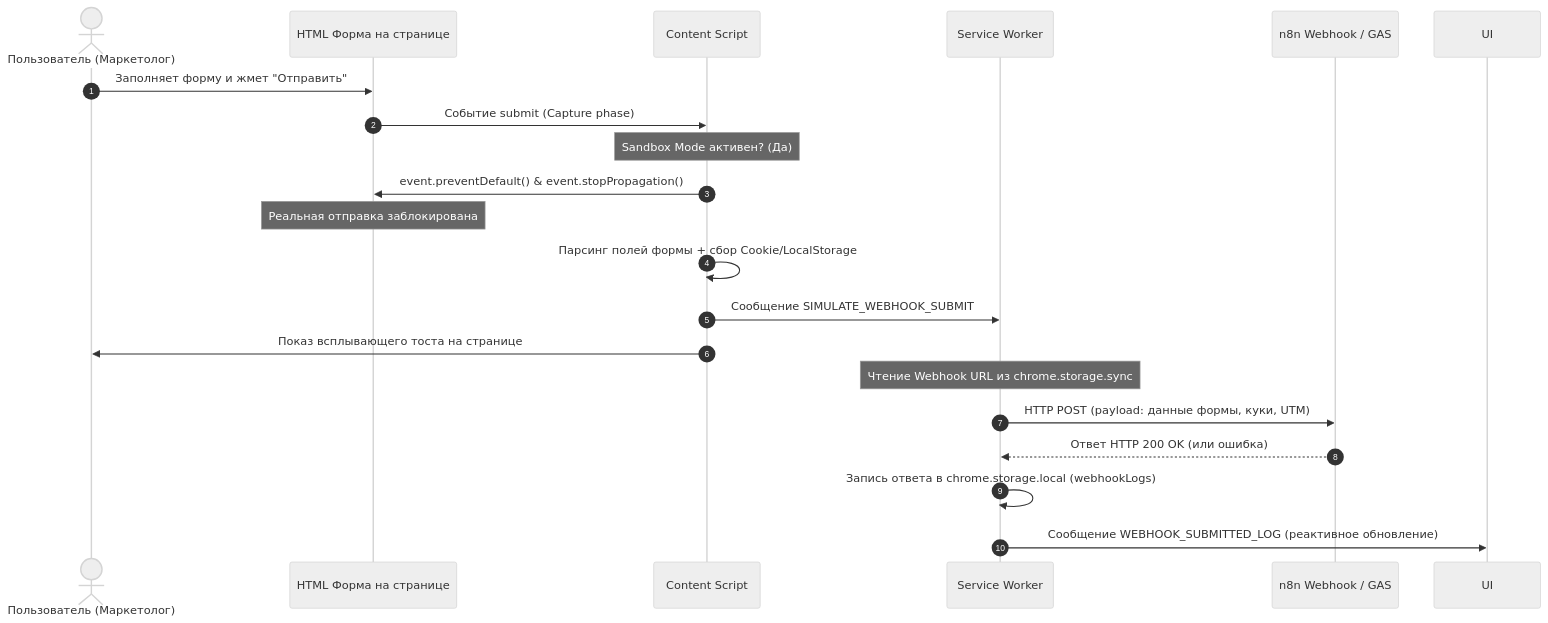
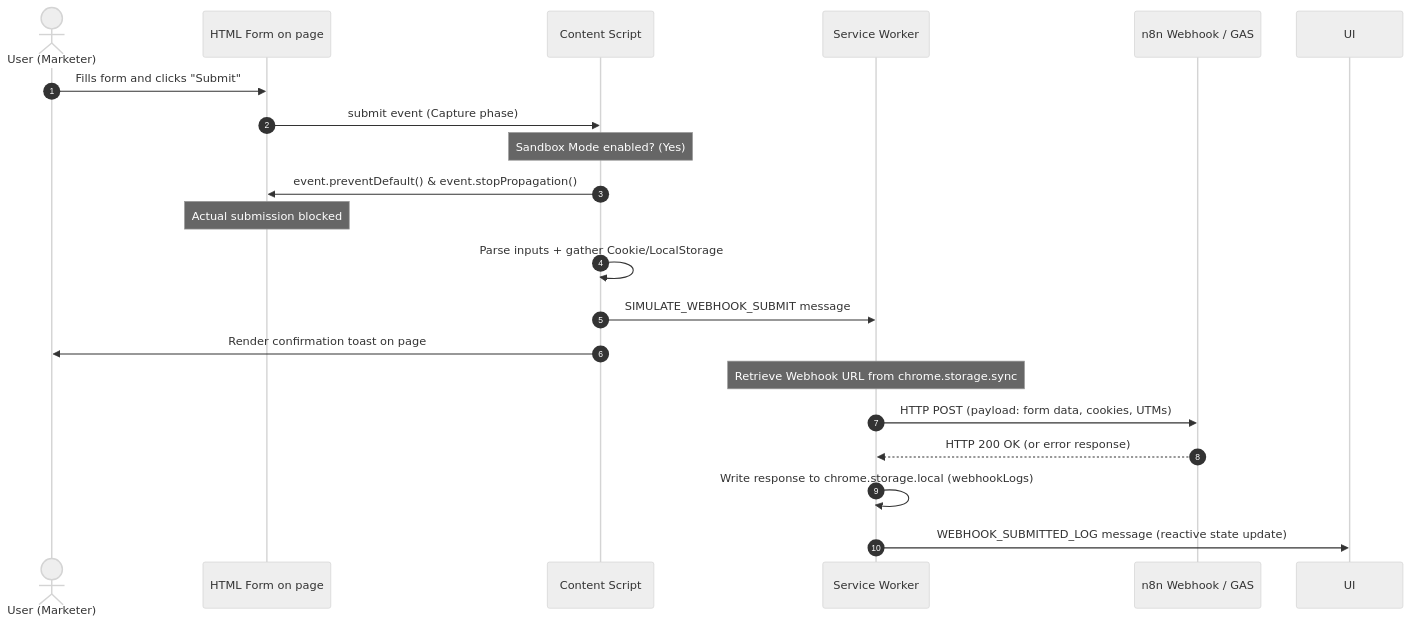
Before and after one commit to rQC2Qm7p7U/OTReniX-UTM-Validator-chrome-extention: the second of 2 diagrams in DEVELOPER.md, drawn with Mermaid (neutral theme). The commit also changed other lines of this file and 14 other files, not shown here.

````diff
--- a/DEVELOPER.md
+++ b/DEVELOPER.md
@@ -107,23 +107,23 @@
 ```mermaid
 sequenceDiagram
     autonumber
-    actor User as Пользователь (Маркетолог)
-    participant Form as HTML Форма на странице
+    actor User as User (Marketer)
+    participant Form as HTML Form on page
     participant CS as Content Script
     participant SW as Service Worker
     participant Webhook as n8n Webhook / GAS
 
-    User->>Form: Заполняет форму и жмет "Отправить"
-    Form->>CS: Событие submit (Capture phase)
-    Note over CS: Sandbox Mode активен? (Да)
+    User->>Form: Fills form and clicks "Submit"
+    Form->>CS: submit event (Capture phase)
+    Note over CS: Sandbox Mode enabled? (Yes)
     CS->>Form: event.preventDefault() & event.stopPropagation()
-    Note over Form: Реальная отправка заблокирована
-    CS->>CS: Парсинг полей формы + сбор Cookie/LocalStorage
-    CS->>SW: Сообщение SIMULATE_WEBHOOK_SUBMIT
-    CS->>User: Показ всплывающего тоста на странице
-    Note over SW: Чтение Webhook URL из chrome.storage.sync
-    SW->>Webhook: HTTP POST (payload: данные формы, куки, UTM)
-    Webhook-->>SW: Ответ HTTP 200 OK (или ошибка)
-    SW->>SW: Запись ответа в chrome.storage.local (webhookLogs)
-    SW->>UI: Сообщение WEBHOOK_SUBMITTED_LOG (реактивное обновление)
+    Note over Form: Actual submission blocked
+    CS->>CS: Parse inputs + gather Cookie/LocalStorage
+    CS->>SW: SIMULATE_WEBHOOK_SUBMIT message
+    CS->>User: Render confirmation toast on page
+    Note over SW: Retrieve Webhook URL from chrome.storage.sync
+    SW->>Webhook: HTTP POST (payload: form data, cookies, UTMs)
+    Webhook-->>SW: HTTP 200 OK (or error response)
+    SW->>SW: Write response to chrome.storage.local (webhookLogs)
+    SW->>UI: WEBHOOK_SUBMITTED_LOG message (reactive state update)
 ```
````
